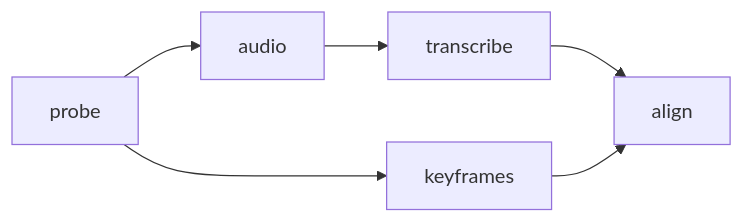
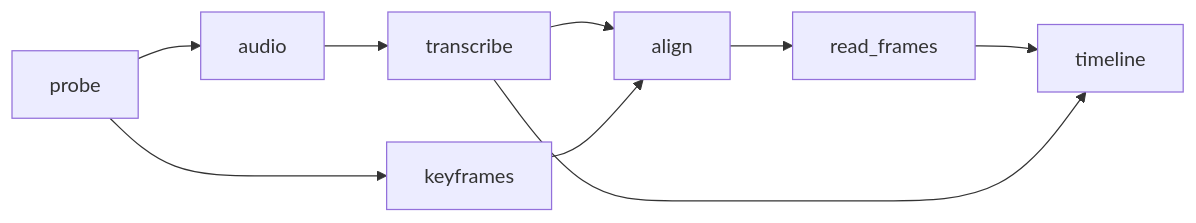
The diagram in docs/ARCHITECTURE.md (Devanshi-cmd/engram), drawn with Mermaid before and after one commit. The commit also changed other lines of this file and 17 other files, not shown here.

Commit message:
M3: Haiku reads every frame with the lecturer's words, compact timeline, Opus checker

````diff
--- a/docs/ARCHITECTURE.md
+++ b/docs/ARCHITECTURE.md
@@ -42,5 +50,7 @@
 ```mermaid
 flowchart LR
   P[probe] --> A[audio] --> T[transcribe] --> L[align]
   P --> K[keyframes] --> L
+  L --> R[read_frames] --> TL[timeline]
+  T --> TL
 ```
````
